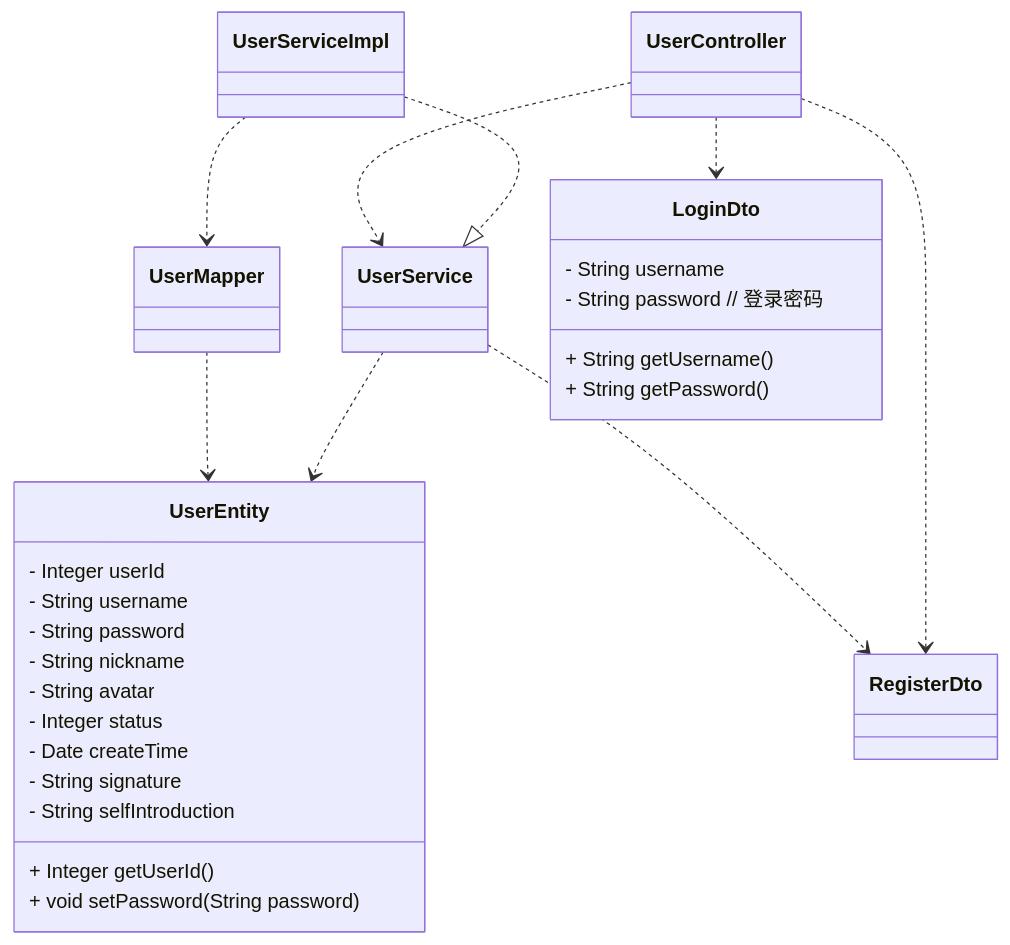
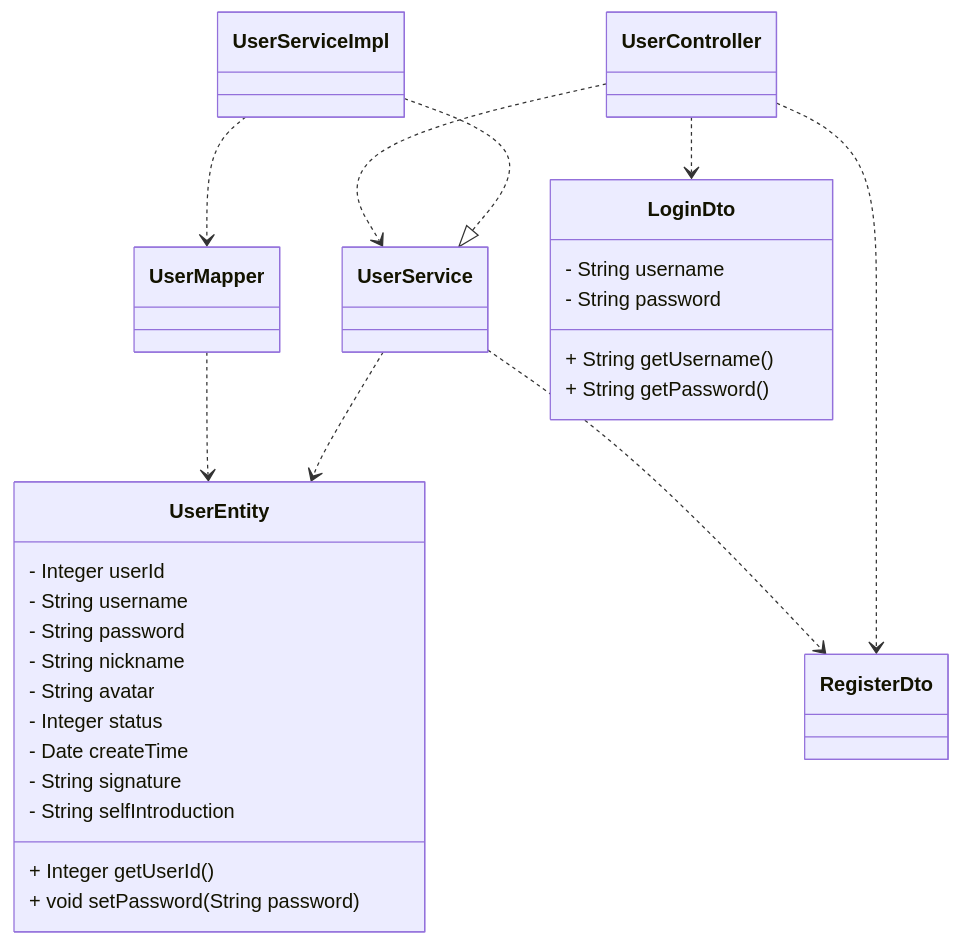
One commit to DEbalanceUX/iodraw-files changed the diagram in all/未命名-1.md. Above: the diagram before and after it, drawn with Mermaid.

Commit message:
2025-12-10 22:52:23 update

````diff
--- a/all/未命名-1.md
+++ b/all/未命名-1.md
@@ -1,38 +1,38 @@
 ```mermaid
 classDiagram
     %% 实现关系：ServiceImpl 实现 Service 接口
     UserServiceImpl ..|> UserService
     %% 依赖关系：Controller 依赖 Service / ServiceImpl 依赖 Mapper
     UserController ..> UserService
     UserServiceImpl ..> UserMapper
     %% 关联关系：核心数据载体关联
     UserService ..> UserEntity
     UserMapper ..> UserEntity
     UserController ..> LoginDto
     UserController ..> RegisterDto
     UserService ..> RegisterDto
 
     %% 用户实体类（存储用户核心数据）
     class UserEntity {
         - Integer userId       
         - String username   
         - String password       
         - String nickname
         - String avatar
         - Integer status
         - Date createTime
         - String signature
         - String selfIntroduction 
         + Integer getUserId()
         + void setPassword(String password)
     }
     %% 登录请求数据传输类（接收前端参数）
     class LoginDto {
-        - String username 
-        - String password      // 登录密码
+        - String username
+        - String password
         + String getUsername()
         + String getPassword()
     }
 
     
 ```
````
